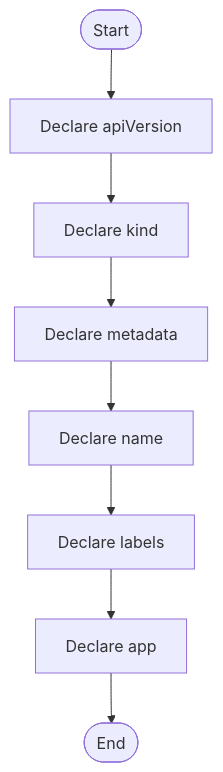
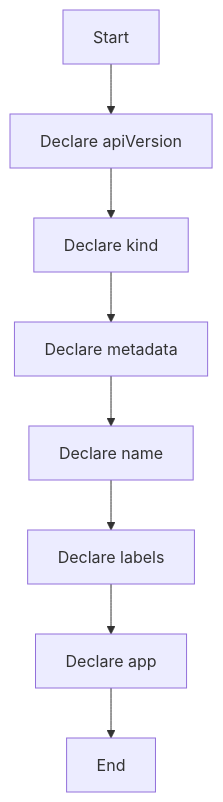
The diagram in docs/Codebase/Infrastructure/session-orchestration/k8s/templates/user-routing.yaml.md (JohnAndrewBalbarosa/NeoTerritory), drawn with Mermaid before and after one commit. The commit also changed other lines of this file and 752 other files, not shown here.

````diff
--- a/docs/Codebase/Infrastructure/session-orchestration/k8s/templates/user-routing.yaml.md
+++ b/docs/Codebase/Infrastructure/session-orchestration/k8s/templates/user-routing.yaml.md
@@ -40,18 +22,18 @@
 ```mermaid
 flowchart TD
-    Start([Start])
-    N0[Declare apiVersion]
-    N1[Declare kind]
-    N2[Declare metadata]
-    N3[Declare name]
-    N4[Declare labels]
-    N5[Declare app]
-    End([End])
+    Start["Start"]
+    N0["Declare apiVersion"]
+    N1["Declare kind"]
+    N2["Declare metadata"]
+    N3["Declare name"]
+    N4["Declare labels"]
+    N5["Declare app"]
+    End["End"]
     Start --> N0
     N0 --> N1
     N1 --> N2
     N2 --> N3
     N3 --> N4
     N4 --> N5
     N5 --> End
 ```
````
